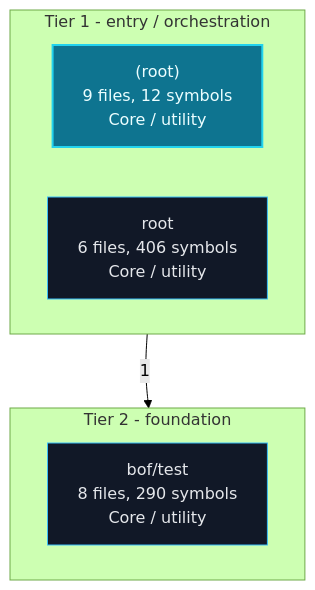
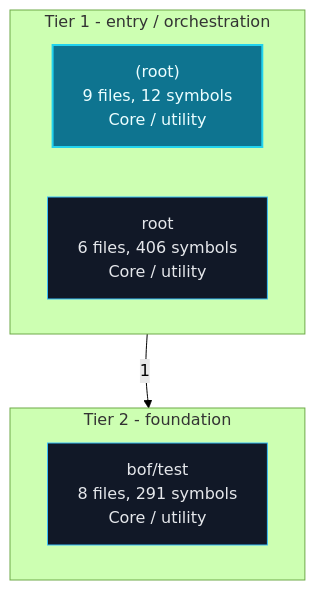
The first of 11 diagrams in KNOWLEDGE_BASE.md (grisuno/beacon), drawn with Mermaid (forest theme) before and after one commit. The commit also changed other lines of this file and 162 other files, not shown here.

````diff
--- a/KNOWLEDGE_BASE.md
+++ b/KNOWLEDGE_BASE.md
@@ -143,16 +142,16 @@
 ```mermaid
 flowchart TB
     classDef default fill:#111827,stroke:#38bdf8,color:#e5e7eb;
     classDef entry fill:#0e7490,stroke:#22d3ee,color:#ecfeff,stroke-width:2px;
     subgraph lane_0["Tier 1 - entry / orchestration"]
         direction LR
         n_d__root_["(root)<br/>9 files, 12 symbols<br/>Core / utility"]:::entry
         n_c1["root<br/>6 files, 406 symbols<br/>Core / utility"]:::default
     end
     subgraph lane_1["Tier 2 - foundation"]
         direction LR
-        n_c0["bof/test<br/>8 files, 290 symbols<br/>Core / utility"]:::default
+        n_c0["bof/test<br/>8 files, 291 symbols<br/>Core / utility"]:::default
     end
     n_c1 -->|"1"| n_c0
     n_d__root_ ~~~ n_c0
 ```
````
